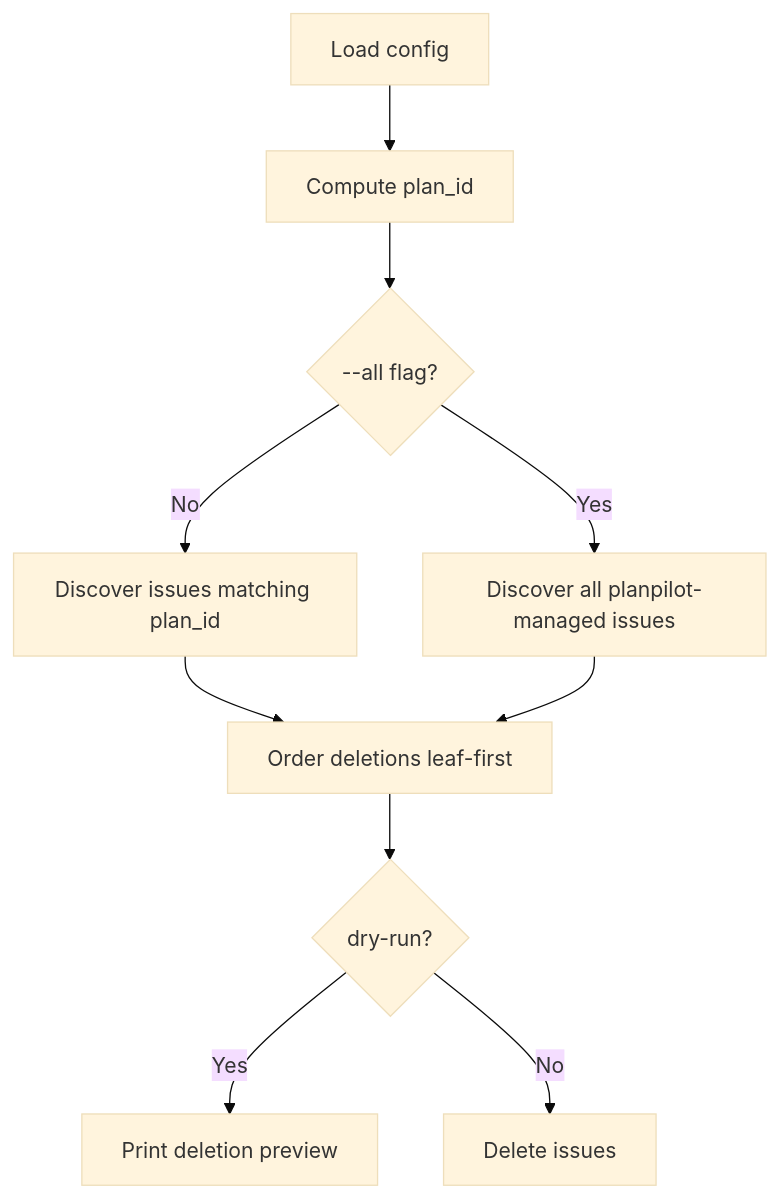
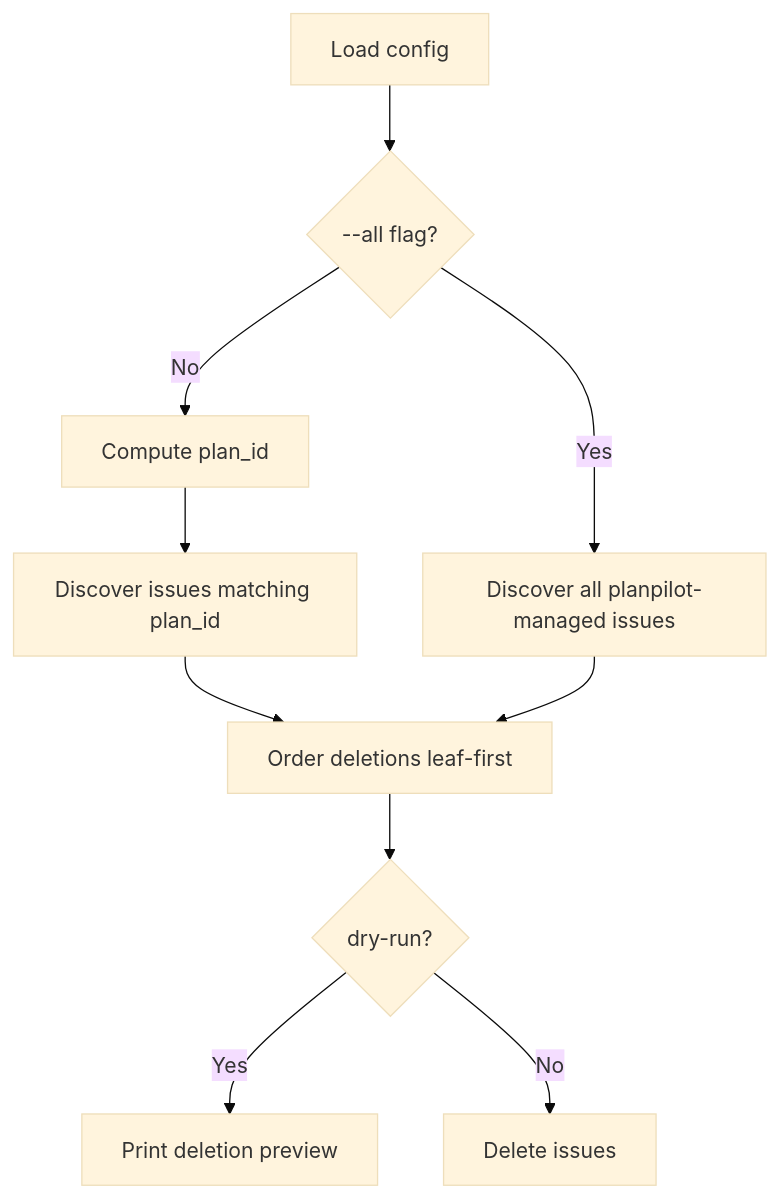
The second of 3 diagrams in docs/how-it-works.md (aryeko/planpilot), drawn with Mermaid (base theme) before and after one commit. The commit also changed other lines of this file, not shown here.

Commit message:
fix(docs): fix clean diagram order and add map sync zero-candidates case
- clean diagram: branch on --all before computing plan_id (matches code)
- map sync prose/diagram: document fail behavior when zero candidates found

````diff
--- a/docs/how-it-works.md
+++ b/docs/how-it-works.md
@@ -42,12 +42,12 @@
 ```mermaid
 flowchart TD
-    A[Load config] --> B[Compute plan_id]
-    B --> C{--all flag?}
-    C -- No --> D[Discover issues matching plan_id]
+    A[Load config] --> C{--all flag?}
+    C -- No --> B[Compute plan_id]
+    B --> D[Discover issues matching plan_id]
     C -- Yes --> E[Discover all planpilot-managed issues]
     D --> F[Order deletions leaf-first]
     E --> F
     F --> G{dry-run?}
     G -- Yes --> H[Print deletion preview]
     G -- No --> I[Delete issues]
 ```
````
